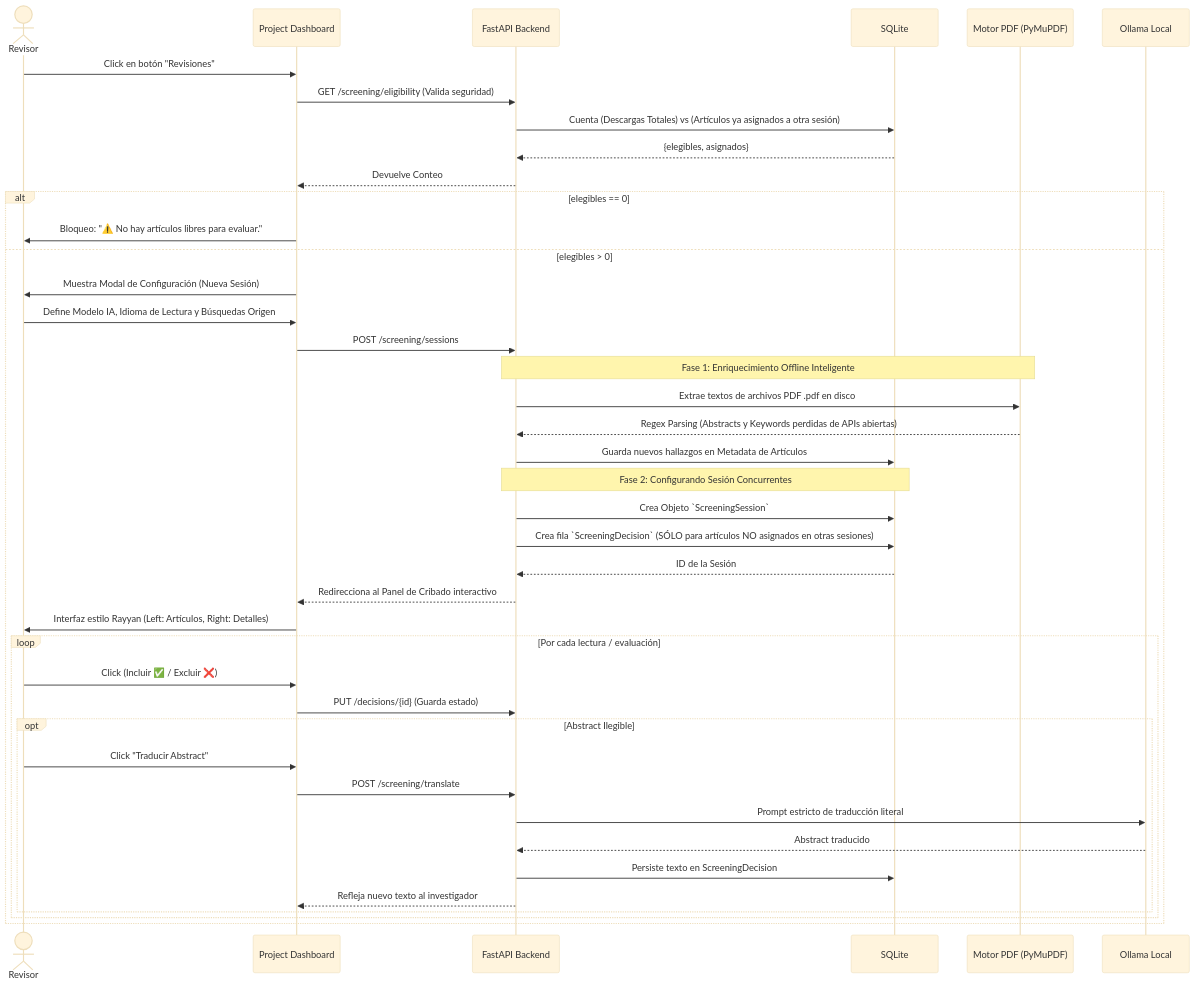
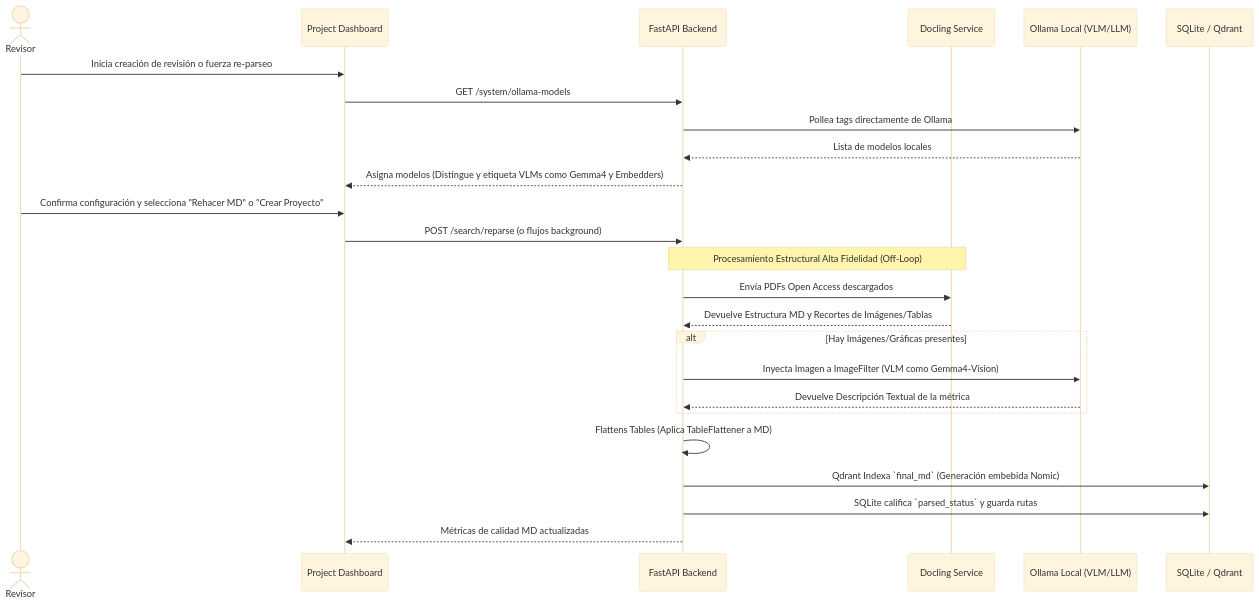
One commit to AlexPrietoRomani/AgriSearch changed the third of 3 diagrams in docs/arquitectura.md. Above: the diagram before and after it, drawn with Mermaid (base theme). The commit also changed other lines of this file and 4 other files, not shown here.

````diff
--- a/docs/arquitectura.md
+++ b/docs/arquitectura.md
@@ -187,50 +187,32 @@
 ```mermaid
 sequenceDiagram
     actor User as Revisor
     participant FE as Project Dashboard
     participant API as FastAPI Backend
-    participant DB as SQLite
-    participant PyMu as Motor PDF (PyMuPDF)
-    participant LLM as Ollama Local
+    participant Docling as Docling Service
+    participant LLM as Ollama Local (VLM/LLM)
+    participant DB as SQLite / Qdrant
 
-    User->>FE: Click en botón "Revisiones"
-    FE->>API: GET /screening/eligibility (Valida seguridad)
-    API->>DB: Cuenta (Descargas Totales) vs (Artículos ya asignados a otra sesión)
-    DB-->>API: {elegibles, asignados}
-    API-->>FE: Devuelve Conteo
+    User->>FE: Inicia creación de revisión o fuerza re-parseo
+    FE->>API: GET /system/ollama-models
+    API->>LLM: Pollea tags directamente de Ollama
+    LLM-->>API: Lista de modelos locales
+    API-->>FE: Asigna modelos (Distingue y etiqueta VLMs como Gemma4 y Embedders)
     
-    alt elegibles == 0
-        FE->>User: Bloqueo: "⚠️ No hay artículos libres para evaluar."
-    else elegibles > 0
-        FE->>User: Muestra Modal de Configuración (Nueva Sesión)
-        User->>FE: Define Modelo IA, Idioma de Lectura y Búsquedas Origen
-        FE->>API: POST /screening/sessions
-        
-        Note over API,PyMu: Fase 1: Enriquecimiento Offline Inteligente
-        API->>PyMu: Extrae textos de archivos PDF .pdf en disco
-        PyMu-->>API: Regex Parsing (Abstracts y Keywords perdidas de APIs abiertas)
-        API->>DB: Guarda nuevos hallazgos en Metadata de Artículos
-        
-        Note over API,DB: Fase 2: Configurando Sesión Concurrentes
-        API->>DB: Crea Objeto `ScreeningSession`
-        API->>DB: Crea fila `ScreeningDecision` (SÓLO para artículos NO asignados en otras sesiones)
-        DB-->>API: ID de la Sesión
-        API-->>FE: Redirecciona al Panel de Cribado interactivo
-        
-        FE->>User: Interfaz estilo Rayyan (Left: Artículos, Right: Detalles)
-        
-        loop Por cada lectura / evaluación
-            User->>FE: Click (Incluir ✅ / Excluir ❌)
-            FE->>API: PUT /decisions/{id} (Guarda estado)
-            
-            opt Abstract Ilegible
-                User->>FE: Click "Traducir Abstract"
-                FE->>API: POST /screening/translate
-                API->>LLM: Prompt estricto de traducción literal
-                LLM-->>API: Abstract traducido
-                API->>DB: Persiste texto en ScreeningDecision
-                API-->>FE: Refleja nuevo texto al investigador
-            end
-        end
+    User->>FE: Confirma configuración y selecciona "Rehacer MD" o "Crear Proyecto"
+    FE->>API: POST /search/reparse (o flujos background)
+    
+    Note over API,Docling: Procesamiento Estructural Alta Fidelidad (Off-Loop)
+    API->>Docling: Envía PDFs Open Access descargados
+    Docling-->>API: Devuelve Estructura MD y Recortes de Imágenes/Tablas
+    
+    alt Hay Imágenes/Gráficas presentes
+        API->>LLM: Inyecta Imagen a ImageFilter (VLM como Gemma4-Vision)
+        LLM-->>API: Devuelve Descripción Textual de la métrica
     end
+    
+    API->>API: Flattens Tables (Aplica TableFlattener a MD)
+    API->>DB: Qdrant Indexa `final_md` (Generación embebida Nomic)
+    API->>DB: SQLite califica `parsed_status` y guarda rutas
+    API-->>FE: Métricas de calidad MD actualizadas
 ```
````
